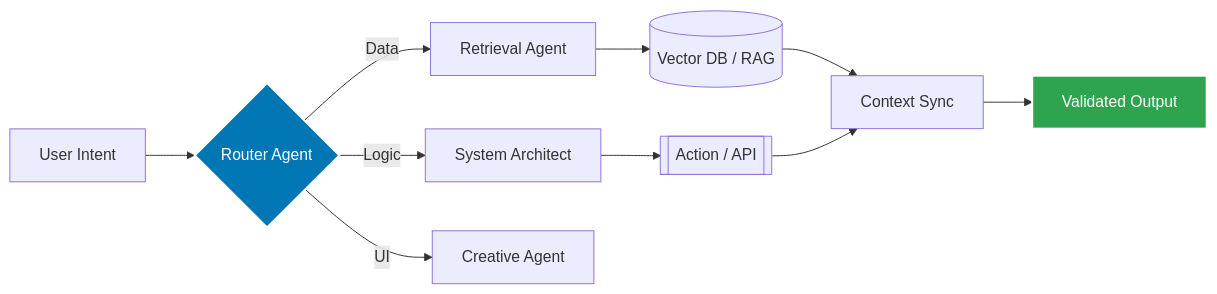
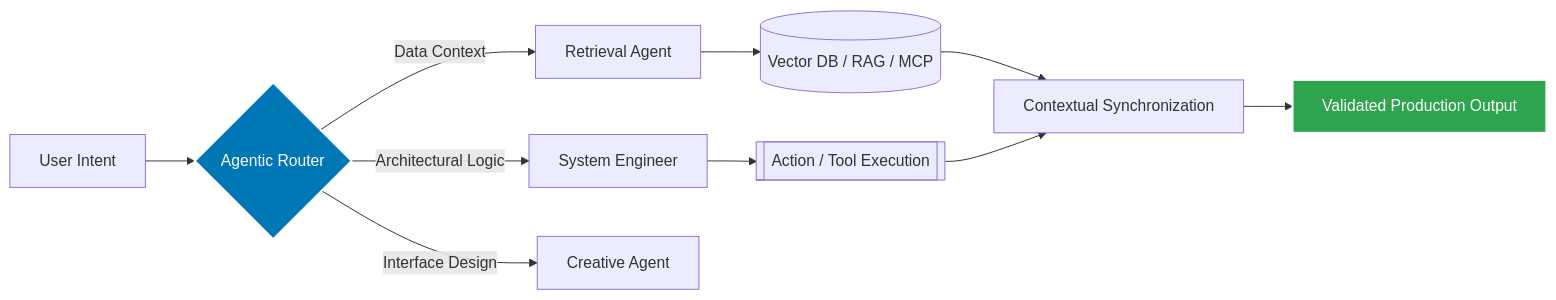
One commit to muhammadsami987123/Portfolio-with-Next.js changed the diagram in README.md. Above: the diagram before and after it, drawn with Mermaid. The commit also changed other lines of this file, not shown here.

````diff
--- a/README.md
+++ b/README.md
@@ -75,13 +75,13 @@
 ```mermaid
 graph LR
-    A[User Intent] --> B{Router Agent}
-    B -- Logic --> C[System Architect]
-    B -- Data --> D[Retrieval Agent]
-    B -- UI --> E[Creative Agent]
-    D --> F[(Vector DB / RAG)]
-    C --> G[[Action / API]]
-    F & G --> H[Context Sync]
-    H --> I[Validated Output]
+    A[User Intent] --> B{Agentic Router}
+    B -- Architectural Logic --> C[System Engineer]
+    B -- Data Context --> D[Retrieval Agent]
+    B -- Interface Design --> E[Creative Agent]
+    D --> F[(Vector DB / RAG / MCP)]
+    C --> G[[Action / Tool Execution]]
+    F & G --> H[Contextual Synchronization]
+    H --> I[Validated Production Output]
     style B fill:#0077B5,stroke:#fff,stroke-width:2px,color:#fff
     style I fill:#2ea44f,stroke:#fff,stroke-width:2px,color:#fff
 ```
````
